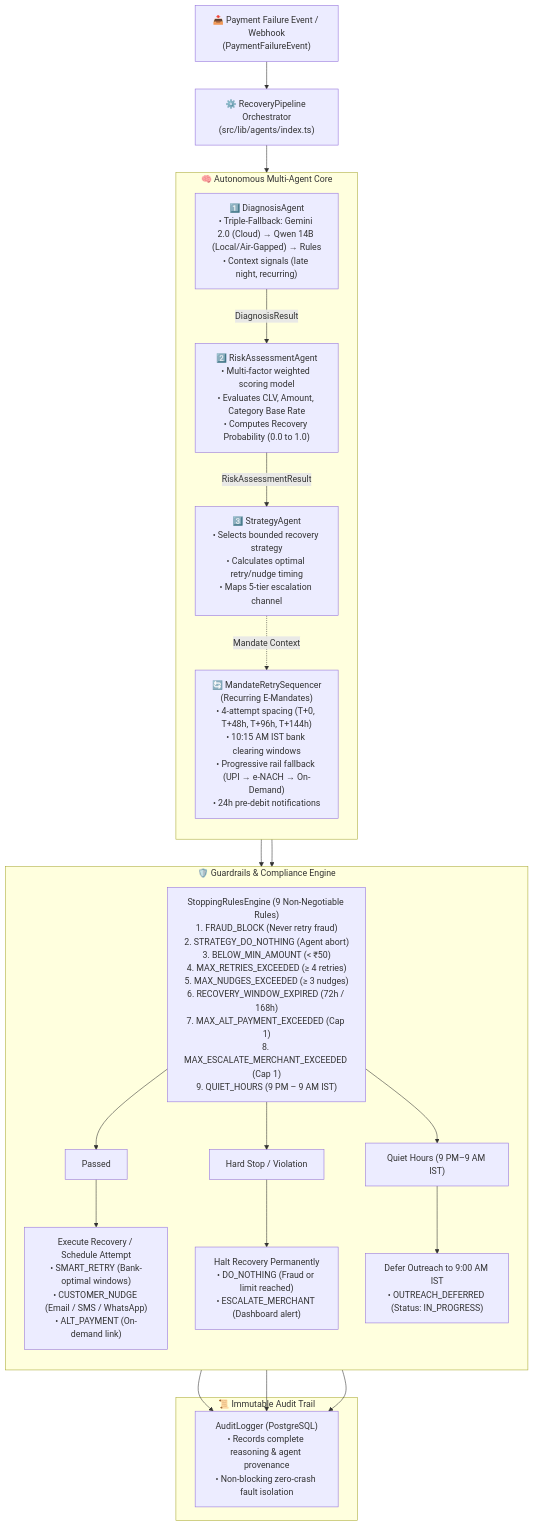
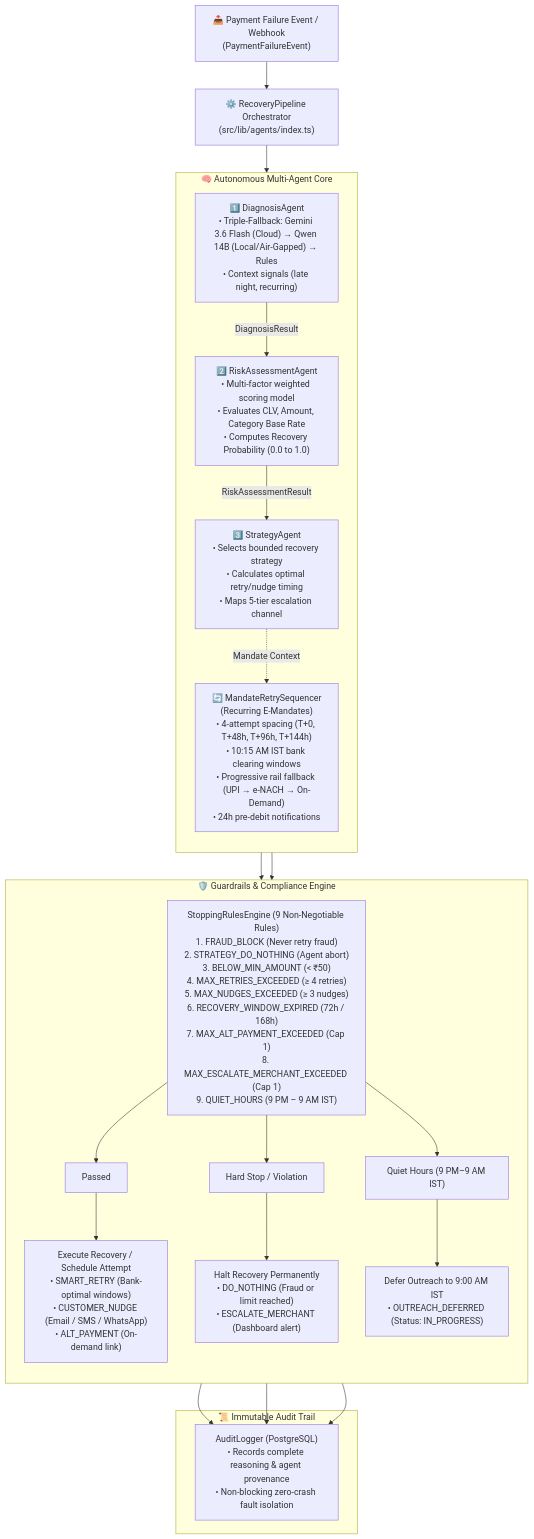
The diagram in README.md (vishalkumar-ai25/revive-ai), drawn with Mermaid before and after one commit. The commit also changed other lines of this file, not shown here.

Commit message:
docs: sync README model references to gemini-3.6-flash to match code

````diff
--- a/README.md
+++ b/README.md
@@ -32,52 +32,52 @@
 ```mermaid
 flowchart TD
     WH["📥 Payment Failure Event / Webhook<br/>(PaymentFailureEvent)"] --> ORCH["⚙️ RecoveryPipeline Orchestrator<br/>(src/lib/agents/index.ts)"]
 
     subgraph MultiAgentCore["🧠 Autonomous Multi-Agent Core"]
         direction TB
         
-        A1["1️⃣ DiagnosisAgent<br/>• Triple-Fallback: Gemini 2.0 (Cloud) → Qwen 14B (Local/Air-Gapped) → Rules<br/>• Context signals (late night, recurring)"]
+        A1["1️⃣ DiagnosisAgent<br/>• Triple-Fallback: Gemini 3.6 Flash (Cloud) → Qwen 14B (Local/Air-Gapped) → Rules<br/>• Context signals (late night, recurring)"]
         
         A2["2️⃣ RiskAssessmentAgent<br/>• Multi-factor weighted scoring model<br/>• Evaluates CLV, Amount, Category Base Rate<br/>• Computes Recovery Probability (0.0 to 1.0)"]
         
         A3["3️⃣ StrategyAgent<br/>• Selects bounded recovery strategy<br/>• Calculates optimal retry/nudge timing<br/>• Maps 5-tier escalation channel"]
 
         A4["🔄 MandateRetrySequencer<br/>(Recurring E-Mandates)<br/>• 4-attempt spacing (T+0, T+48h, T+96h, T+144h)<br/>• 10:15 AM IST bank clearing windows<br/>• Progressive rail fallback (UPI → e-NACH → On-Demand)<br/>• 24h pre-debit notifications"]
 
         A1 -->|DiagnosisResult| A2
         A2 -->|RiskAssessmentResult| A3
         A3 -.->|Mandate Context| A4
     end
 
     ORCH --> A1
 
     subgraph Guardrails["🛡️ Guardrails & Compliance Engine"]
         direction TB
         SRE["StoppingRulesEngine (9 Non-Negotiable Rules)<br/>1. FRAUD_BLOCK (Never retry fraud)<br/>2. STRATEGY_DO_NOTHING (Agent abort)<br/>3. BELOW_MIN_AMOUNT (< ₹50)<br/>4. MAX_RETRIES_EXCEEDED (≥ 4 retries)<br/>5. MAX_NUDGES_EXCEEDED (≥ 3 nudges)<br/>6. RECOVERY_WINDOW_EXPIRED (72h / 168h)<br/>7. MAX_ALT_PAYMENT_EXCEEDED (Cap 1)<br/>8. MAX_ESCALATE_MERCHANT_EXCEEDED (Cap 1)<br/>9. QUIET_HOURS (9 PM – 9 AM IST)"]
         
         P1["Passed"]
         P2["Hard Stop / Violation"]
         P3["Quiet Hours (9 PM–9 AM IST)"]
         
         SRE --> P1 & P2 & P3
         
         ACT_EXEC["Execute Recovery / Schedule Attempt<br/>• SMART_RETRY (Bank-optimal windows)<br/>• CUSTOMER_NUDGE (Email / SMS / WhatsApp)<br/>• ALT_PAYMENT (On-demand link)"]
         ACT_HALT["Halt Recovery Permanently<br/>• DO_NOTHING (Fraud or limit reached)<br/>• ESCALATE_MERCHANT (Dashboard alert)"]
         ACT_DEFER["Defer Outreach to 9:00 AM IST<br/>• OUTREACH_DEFERRED (Status: IN_PROGRESS)"]
         
         P1 --> ACT_EXEC
         P2 --> ACT_HALT
         P3 --> ACT_DEFER
     end
 
     A3 --> SRE
     A4 --> SRE
 
     subgraph Provenance["📜 Immutable Audit Trail"]
         AUDIT["AuditLogger (PostgreSQL)<br/>• Records complete reasoning & agent provenance<br/>• Non-blocking zero-crash fault isolation"]
     end
 
     ACT_EXEC --> AUDIT
     ACT_HALT --> AUDIT
     ACT_DEFER --> AUDIT
 ```
````
